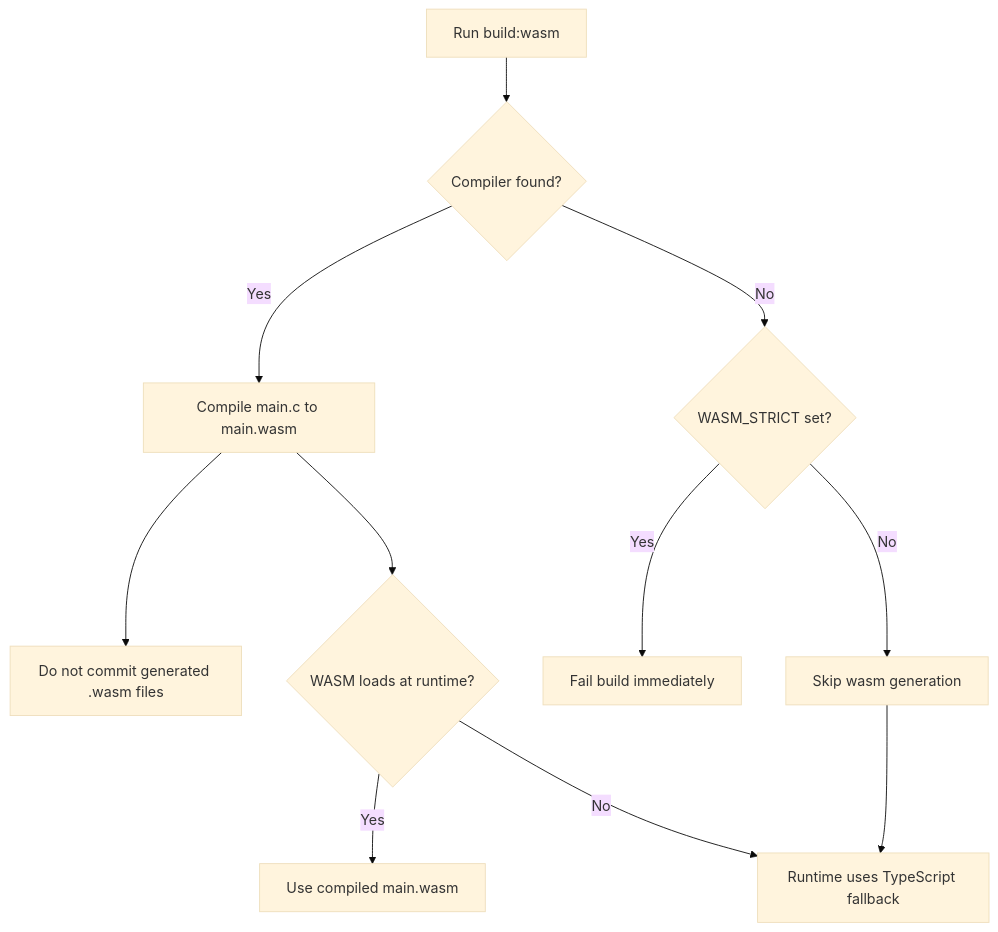
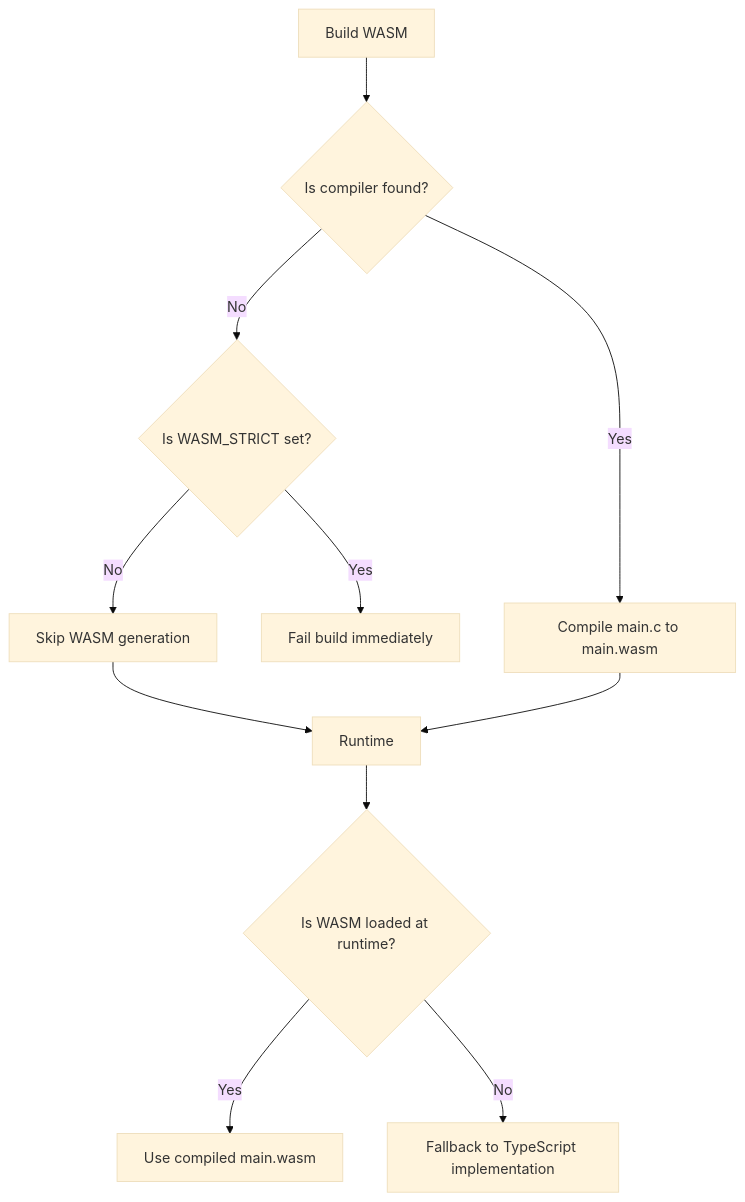
One commit to SiegeSailor/Cryptography changed the first of 2 diagrams in CONTRIBUTING.md. Above: the diagram before and after it, drawn with Mermaid (base theme). The commit also changed other lines of this file, not shown here.

````diff
--- a/CONTRIBUTING.md
+++ b/CONTRIBUTING.md
@@ -96,13 +70,13 @@
 ```mermaid
 flowchart TD
-  A[Run build:wasm] --> B{Compiler found?}
+  A[Build WASM] --> B{Is compiler found?}
   B -->|Yes| C[Compile main.c to main.wasm]
-  B -->|No| D{WASM_STRICT set?}
+  B -->|No| D{Is WASM_STRICT set?}
   D -->|Yes| E[Fail build immediately]
-  D -->|No| F[Skip wasm generation]
-  C --> G[Do not commit generated .wasm files]
-  F --> H[Runtime uses TypeScript fallback]
-  C --> I{WASM loads at runtime?}
+  D -->|No| F[Skip WASM generation]
+  F --> R
+  C --> R[Runtime]
+  R --> I{Is WASM loaded at runtime?}
   I -->|Yes| J[Use compiled main.wasm]
-  I -->|No| H
+  I -->|No| K[Fallback to TypeScript implementation]
 ```
````
